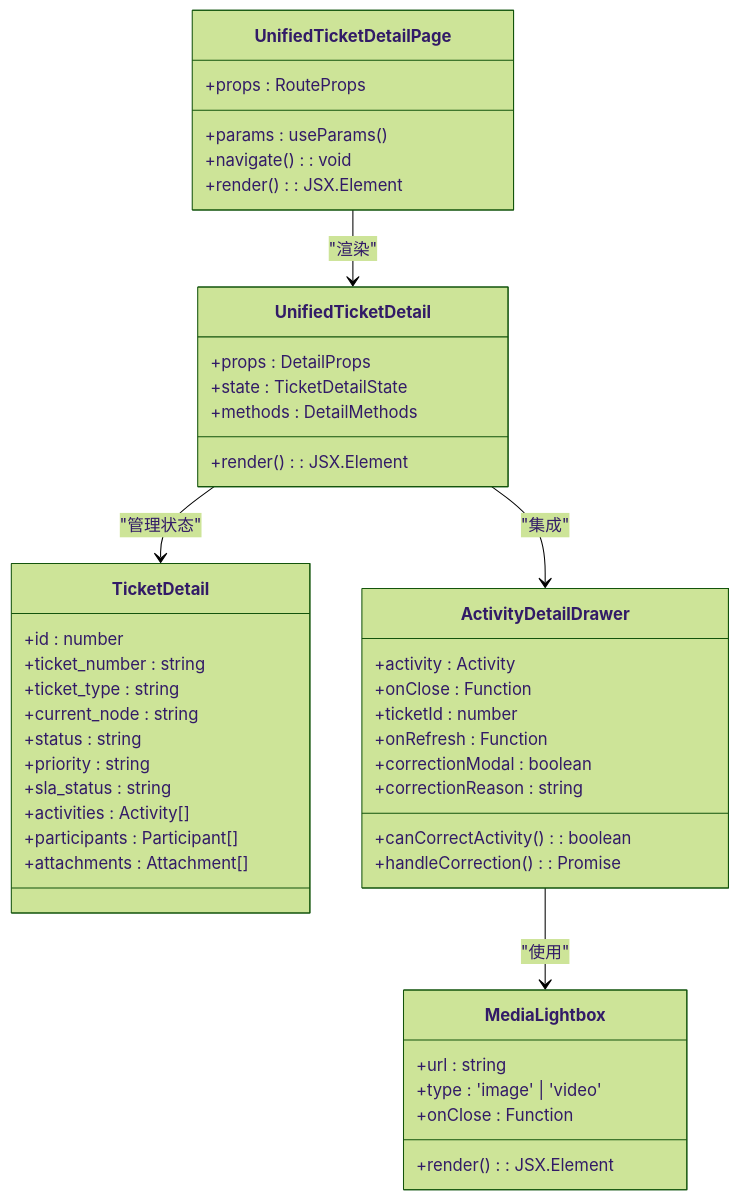
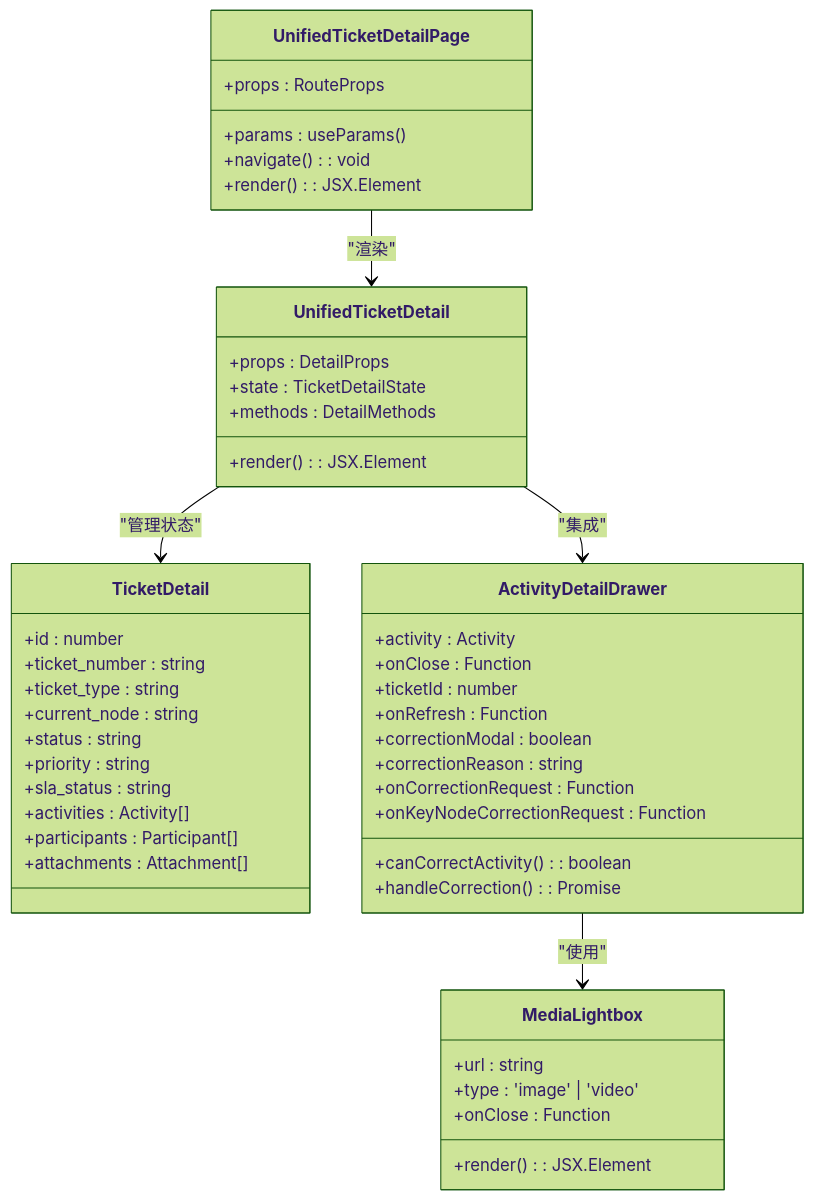
One commit to CubeEdge/Longhorn changed the second of 28 diagrams in .qoder/repowiki/zh/content/Ticket Detail System/Ticket Detail System.md. Above: the diagram before and after it, drawn with Mermaid (forest theme). The commit also changed other lines of this file and 53 other files, not shown here.

````diff
--- a/.qoder/repowiki/zh/content/Ticket Detail System/Ticket Detail System.md
+++ b/.qoder/repowiki/zh/content/Ticket Detail System/Ticket Detail System.md
@@ -140,47 +148,49 @@
 ```mermaid
 classDiagram
 class UnifiedTicketDetailPage {
 +props : RouteProps
 +params : useParams()
 +navigate() : void
 +render() : JSX.Element
 }
 class UnifiedTicketDetail {
 +props : DetailProps
 +state : TicketDetailState
 +methods : DetailMethods
 +render() : JSX.Element
 }
 class TicketDetail {
 +id : number
 +ticket_number : string
 +ticket_type : string
 +current_node : string
 +status : string
 +priority : string
 +sla_status : string
 +activities : Activity[]
 +participants : Participant[]
 +attachments : Attachment[]
 }
 class ActivityDetailDrawer {
 +activity : Activity
 +onClose : Function
 +ticketId : number
 +onRefresh : Function
 +correctionModal : boolean
 +correctionReason : string
 +canCorrectActivity() : boolean
 +handleCorrection() : Promise<void>
++onCorrectionRequest : Function
++onKeyNodeCorrectionRequest : Function
 }
 class MediaLightbox {
 +url : string
 +type : 'image' | 'video'
 +onClose : Function
 +render() : JSX.Element
 }
 UnifiedTicketDetailPage --> UnifiedTicketDetail : "渲染"
 UnifiedTicketDetail --> TicketDetail : "管理状态"
 UnifiedTicketDetail --> ActivityDetailDrawer : "集成"
 ActivityDetailDrawer --> MediaLightbox : "使用"
 ```
````
